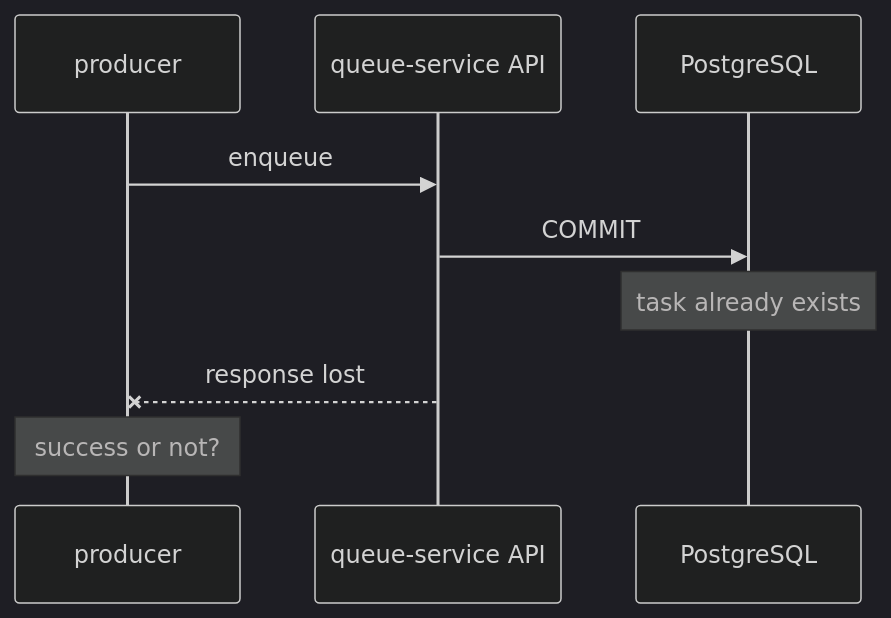
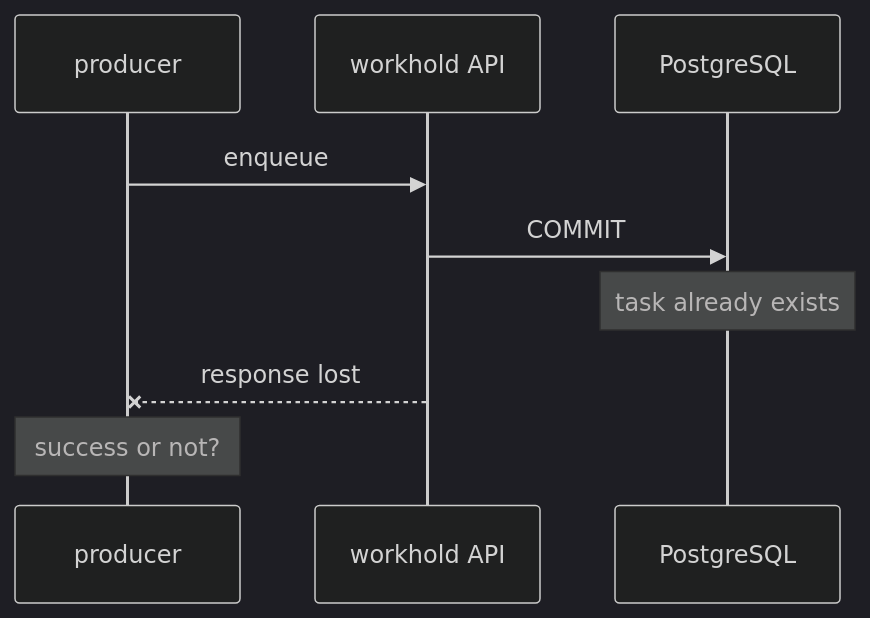
The diagram in docs/07-troubleshooting/01-enqueue-response-lost.md (KoninMikhail/workhold-durable-work-queue), drawn with Mermaid (dark theme) before and after one commit. The commit also changed other lines of this file and 582 other files, not shown here.

````diff
--- a/docs/07-troubleshooting/01-enqueue-response-lost.md
+++ b/docs/07-troubleshooting/01-enqueue-response-lost.md
@@ -19,11 +19,11 @@
 ```mermaid
 sequenceDiagram
   participant P as producer
-  participant API as queue-service API
+  participant API as workhold API
   participant DB as PostgreSQL
   P->>API: enqueue
   API->>DB: COMMIT
   Note over DB: task already exists
   API--xP: response lost
   Note over P: success or not?
 ```
````
